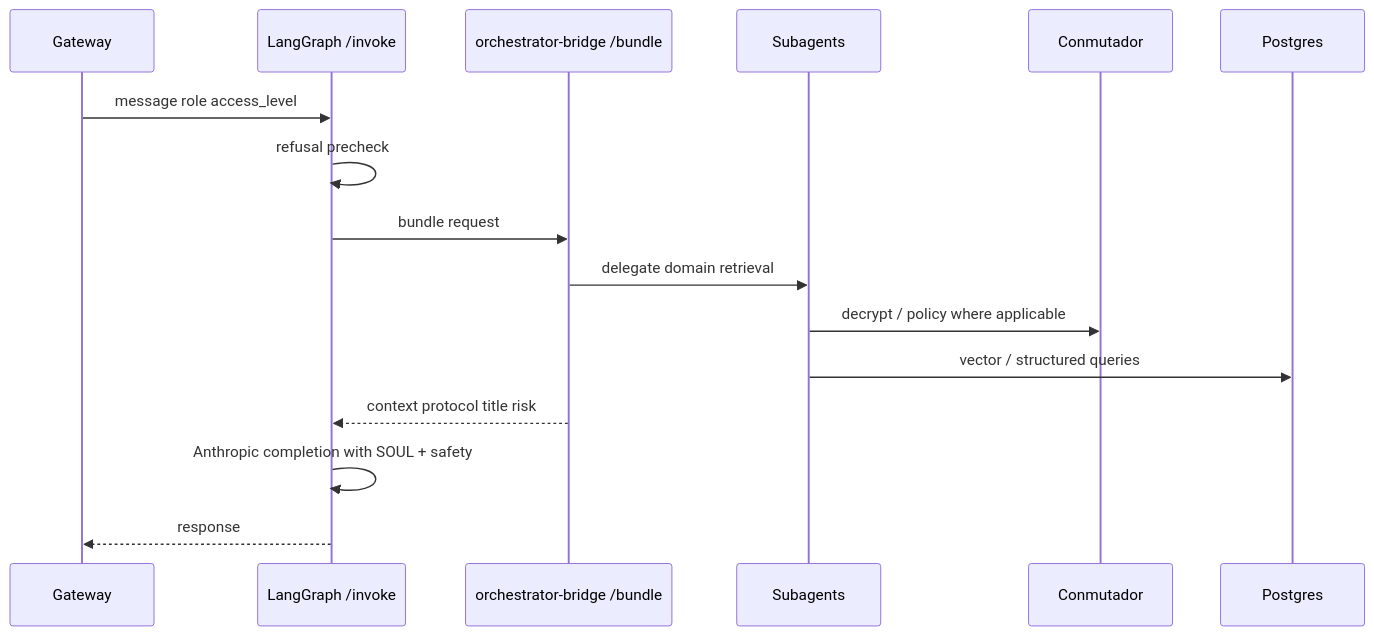
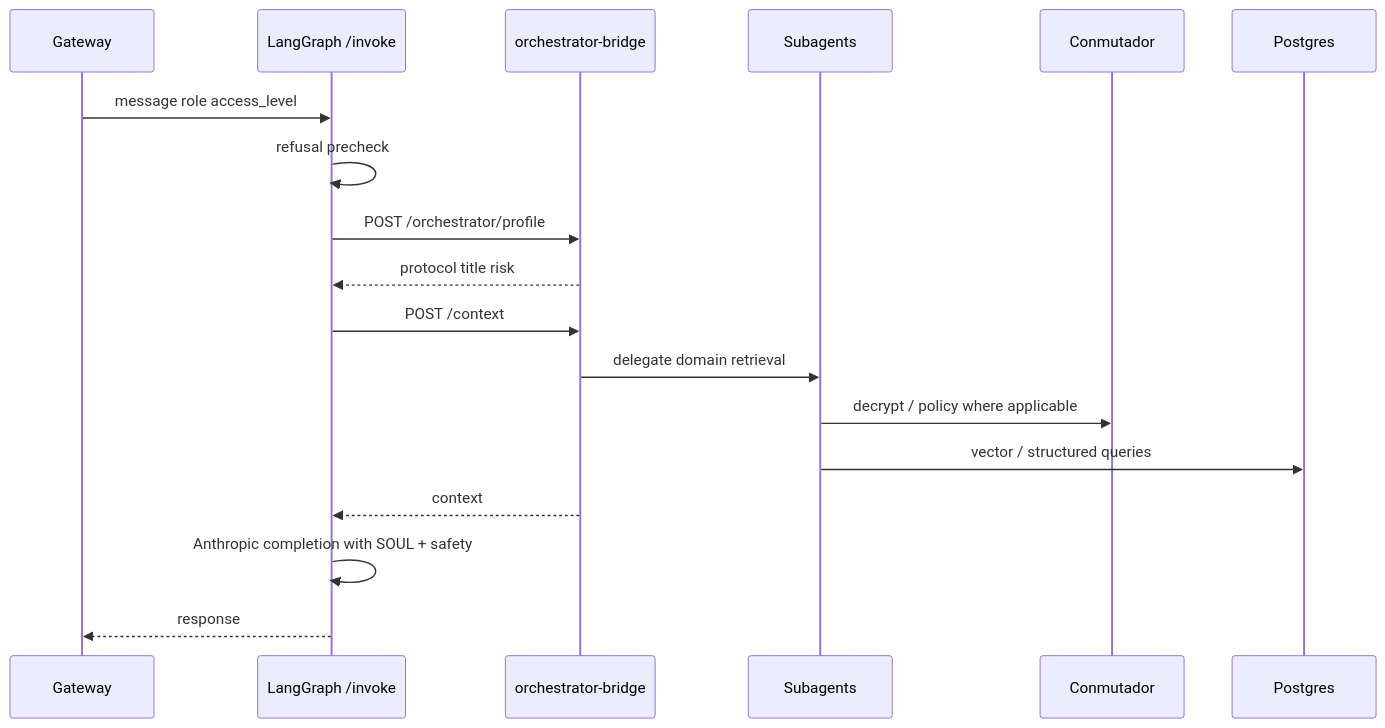
The second of 2 diagrams in README.md (ariutokintumi/IAldea-org), drawn with Mermaid before and after one commit. The commit also changed other lines of this file and 13 other files, not shown here.

````diff
--- a/README.md
+++ b/README.md
@@ -253,19 +255,21 @@
 ```mermaid
 sequenceDiagram
   participant G as Gateway
   participant L as LangGraph /invoke
-  participant B as orchestrator-bridge /bundle
+  participant B as orchestrator-bridge
   participant S as Subagents
   participant C as Conmutador
   participant D as Postgres
 
   G->>L: message role access_level
   L->>L: refusal precheck
-  L->>B: bundle request
+  L->>B: POST /orchestrator/profile
+  B-->>L: protocol title risk
+  L->>B: POST /context
   B->>S: delegate domain retrieval
   S->>C: decrypt / policy where applicable
   S->>D: vector / structured queries
-  B-->>L: context protocol title risk
+  B-->>L: context
   L->>L: Anthropic completion with SOUL + safety
   L-->>G: response
 ```
````
